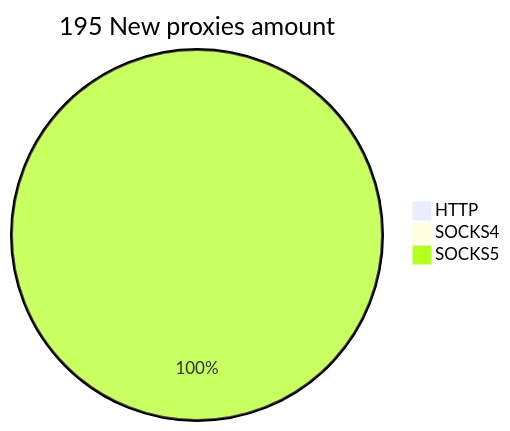
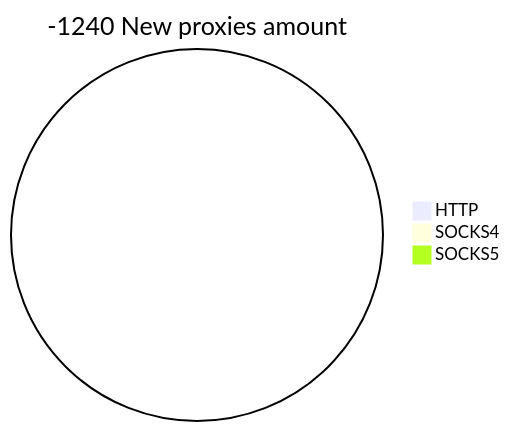
One commit to cutipu/proxylist changed the second of 2 diagrams in README.md. Above: the diagram before and after it, drawn with Mermaid. The commit also changed other lines of this file, not shown here.

````diff
--- a/README.md
+++ b/README.md
@@ -10,6 +10,6 @@
 ```mermaid
-pie title 195 New proxies amount
+pie title -1240 New proxies amount
     "HTTP" : 0
     "SOCKS4" : 0
-    "SOCKS5" : 195
+    "SOCKS5" : 0
 ```
````
